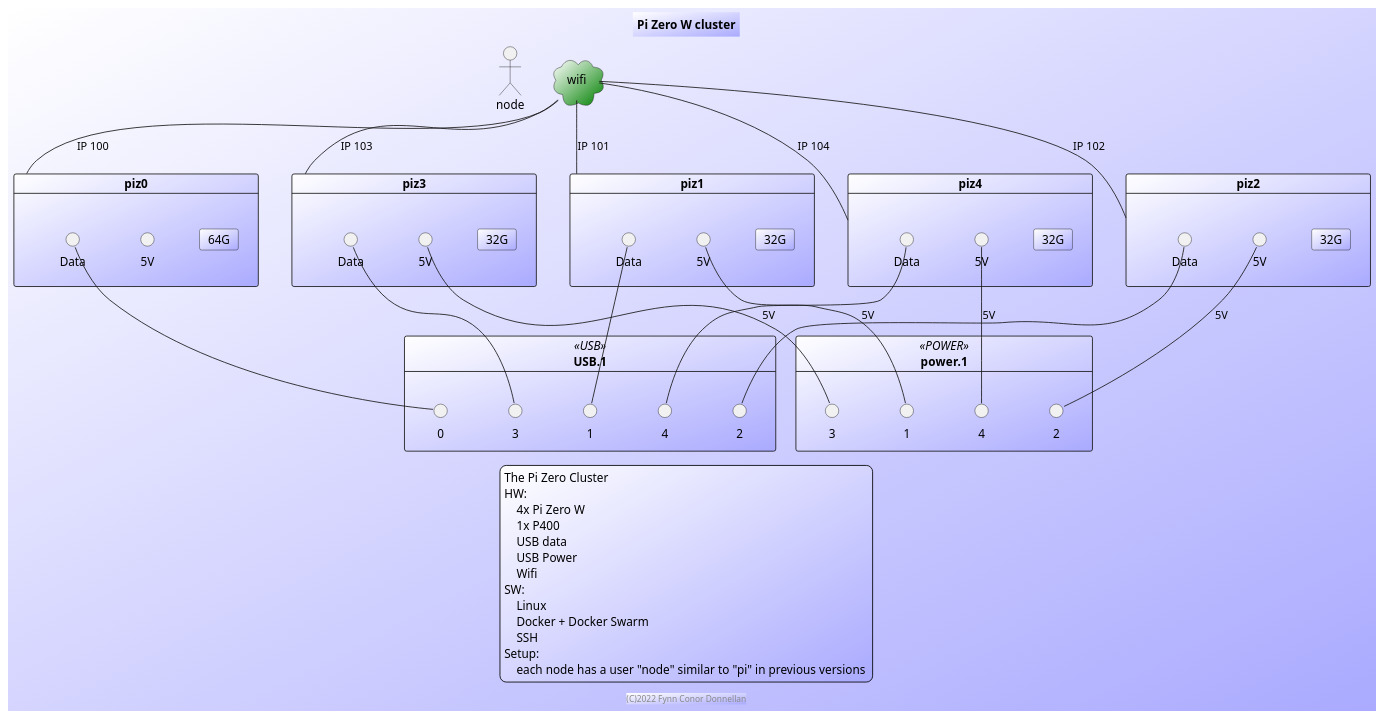
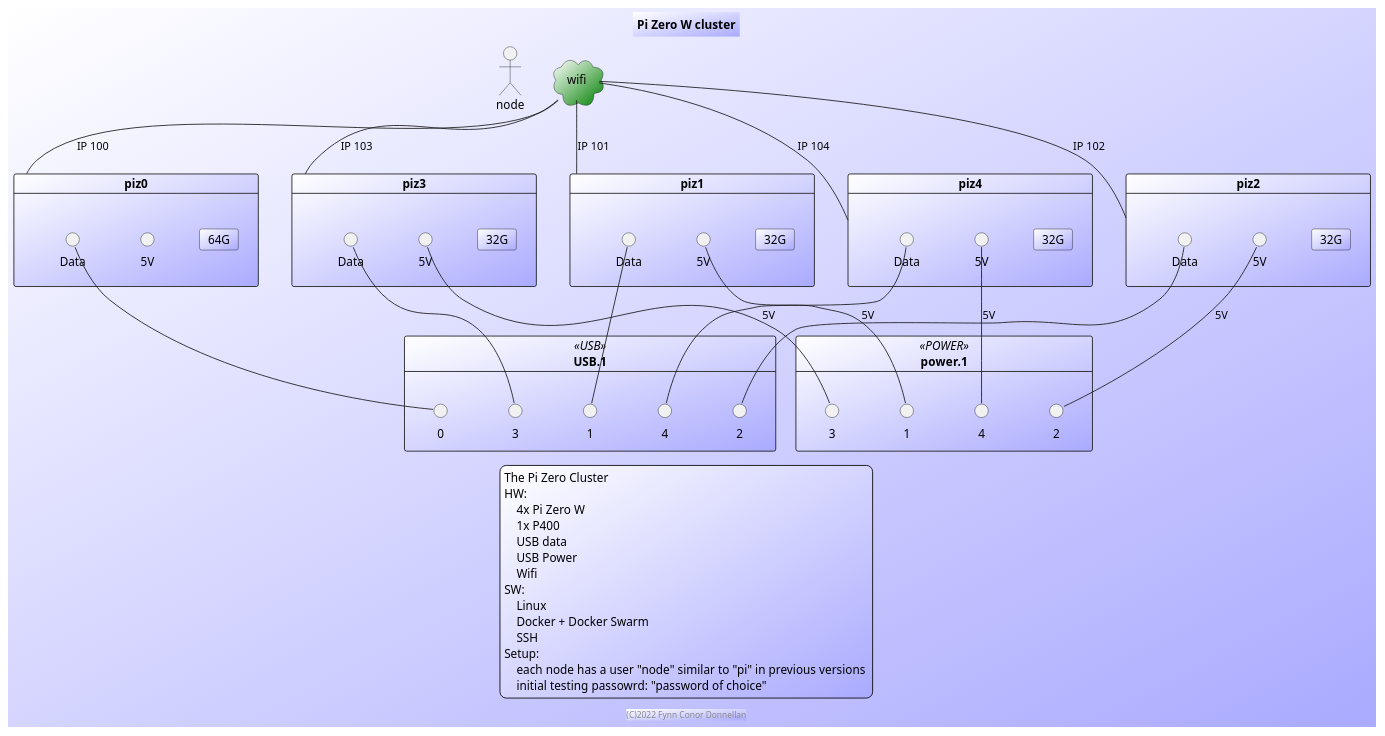
The diagram in images/context.plantuml (DonFynn/pi-Zero-Cluster), drawn with PlantUML before and after one commit. The commit also changed 1 other file, not shown here.

```diff
--- a/images/context.plantuml
+++ b/images/context.plantuml
@@ -1,93 +1,94 @@
 @startuml
 title Pi Zero W cluster
 footer (C)2022 Fynn Conor Donnellan
 skinparam NoteShadowing true
 skinparam BackgroundColor #fff/aaf
 skinparam CardBackgroundColor #fff/aaf
 skinparam CloudBackgroundColor #fff/green
 legend
 The Pi Zero Cluster
 HW:
     4x Pi Zero W
     1x P400
     USB data
     USB Power
     Wifi
 SW:
     Linux
     Docker + Docker Swarm
     SSH
 Setup:
     each node has a user "node" similar to "pi" in previous versions 
+    initial testing passowrd: "password of choice"
 end legend
 
 actor node
 
 card "piz1" as piZ.1 {
     card "32G" as piZ.1.32G
     interface "5V" as piZ.1.power
     interface "Data" as piZ.1.data
 }
 card "piz2" as piZ.2 {
     card "32G" as piZ.2.32G
     interface "5V" as piZ.2.power
     interface "Data" as piZ.2.data
 }
 card "piz3" as piZ.3 {
     card "32G" as piZ.3.32G
     interface "5V" as piZ.3.power
     interface "Data" as piZ.3.data
 }
 card "piz4" as piZ.4 {
     card "32G" as piZ.4.32G
     interface "5V" as piZ.4.power
     interface "Data" as piZ.4.data
 }
 card "piz0" as  pi400.1 {
     card "64G" as pi400.1.64G
     interface "5V" as pi400.1.power
     interface "Data" as pi400.1.data
 }
 
 cloud wifi
 
 card power.1 <<POWER>> {
     interface "1" as power.1.1
     interface "2" as power.1.2
     interface "3" as power.1.3
     interface "4" as power.1.4
 ''    interface "5" as power.1.5
 ''    interface "6" as power.1.6
 ''    interface "7" as power.1.7
 ''    interface "8" as power.1.8
 }
 card USB.1 <<USB>> {
     interface "0" as USB.1.0
     interface "1" as USB.1.1
     interface "2" as USB.1.2
     interface "3" as USB.1.3
     interface "4" as USB.1.4
 }
 
 
 ''Power supply
 piZ.1.power -- power.1.1 : 5V
 piZ.2.power -- power.1.2 : 5V
 piZ.3.power -- power.1.3 : 5V
 piZ.4.power -- power.1.4 : 5V
 
 ''USB Data
 pi400.1.data -- USB.1.0
 piZ.1.data -- USB.1.1
 piZ.2.data -- USB.1.2
 piZ.3.data -- USB.1.3
 piZ.4.data -- USB.1.4
 
 ''wifi 
 wifi -- piZ.1 : IP 101
 wifi -- piZ.2 : IP 102
 wifi -- piZ.3 : IP 103
 wifi -- piZ.4 : IP 104
 wifi -- pi400.1 : IP 100
 
 @enduml
```
